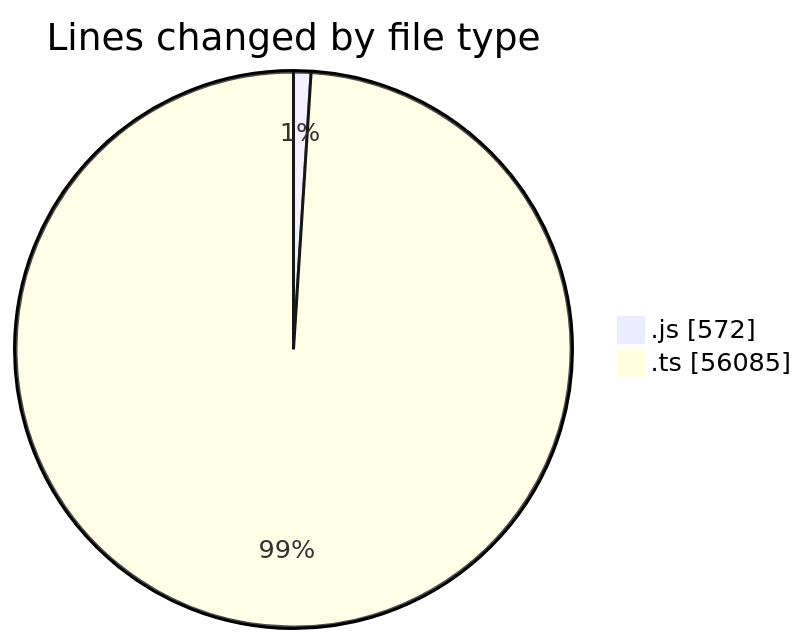
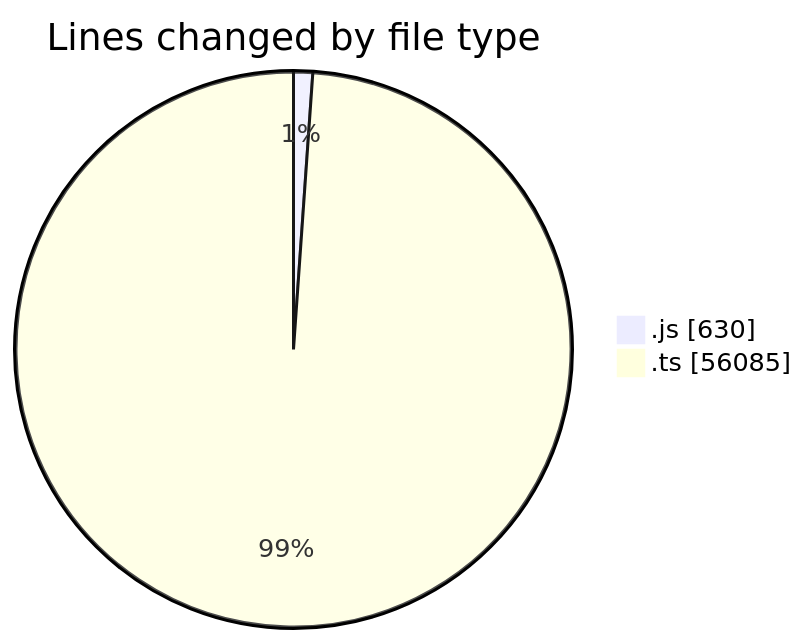
Before and after one commit to momahboobian/code-tracking: the first of 2 diagrams in 2025-06-19/cda/README.md, drawn with Mermaid. The commit also changed other lines of this file and 1 other file, not shown here.

````diff
--- a/2025-06-19/cda/README.md
+++ b/2025-06-19/cda/README.md
@@ -33,6 +34,6 @@
 ```mermaid
 pie showData
 title Lines changed by file type
-".js" : 572
+".js" : 630
 ".ts" : 56085
 ```
````
